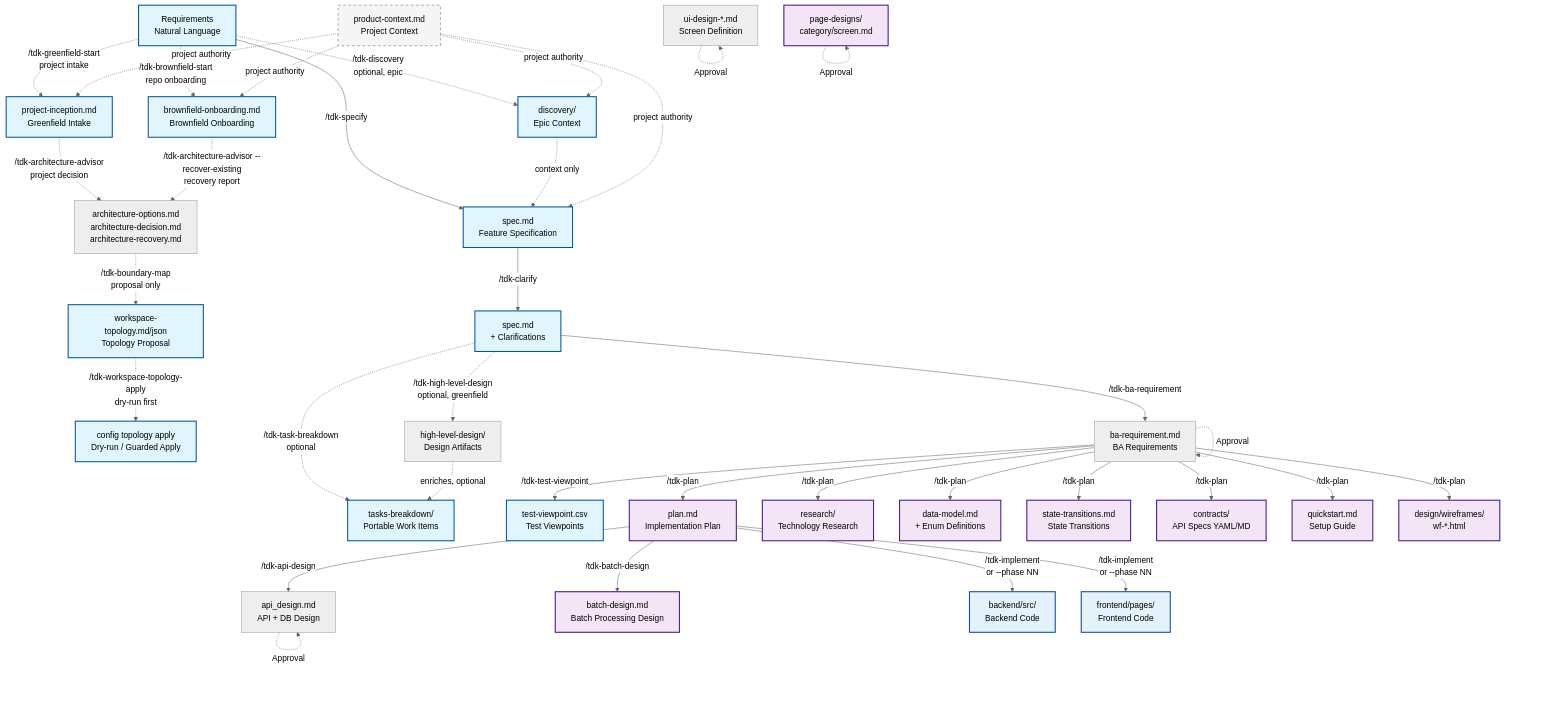
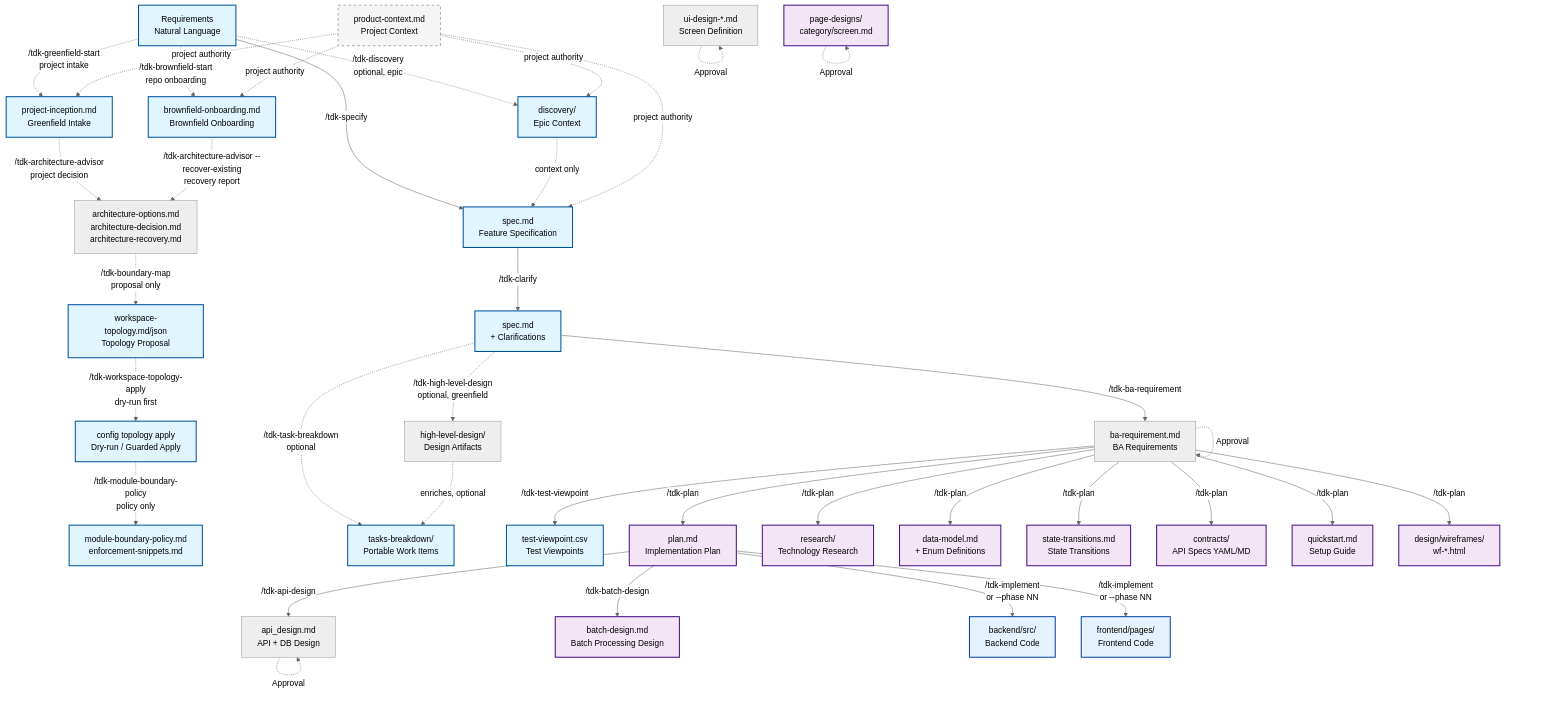
The first of 8 diagrams in .specify/docs/en/document-flow.md (vinhltt/tdk), drawn with Mermaid (neutral theme) before and after one commit. The commit also changed other lines of this file and 44 other files, not shown here.

````diff
--- a/.specify/docs/en/document-flow.md
+++ b/.specify/docs/en/document-flow.md
@@ -12,73 +12,75 @@
 ```mermaid
 flowchart TD
     %% Phase 0: Specification
     REQ[Requirements<br/>Natural Language]
     PRODUCT_CONTEXT[product-context.md<br/>Project Context]
     GREENFIELD_INCEPTION[project-inception.md<br/>Greenfield Intake]
     BROWNFIELD_ONBOARDING[brownfield-onboarding.md<br/>Brownfield Onboarding]
     ARCHITECTURE_REPORTS[architecture-options.md<br/>architecture-decision.md<br/>architecture-recovery.md]
     TOPOLOGY[workspace-topology.md/json<br/>Topology Proposal]
     CONFIG_PATCH[config topology apply<br/>Dry-run / Guarded Apply]
+    POLICY[module-boundary-policy.md<br/>enforcement-snippets.md]
     DISCOVERY[discovery/<br/>Epic Context]
 
     %% Phase 0: Feature Specification
     REQ -.->|/tdk-greenfield-start<br/>project intake| GREENFIELD_INCEPTION
     REQ -.->|/tdk-brownfield-start<br/>repo onboarding| BROWNFIELD_ONBOARDING
     GREENFIELD_INCEPTION -.->|/tdk-architecture-advisor<br/>project decision| ARCHITECTURE_REPORTS
     BROWNFIELD_ONBOARDING -.->|/tdk-architecture-advisor --recover-existing<br/>recovery report| ARCHITECTURE_REPORTS
     ARCHITECTURE_REPORTS -.->|/tdk-boundary-map<br/>proposal only| TOPOLOGY
     TOPOLOGY -.->|/tdk-workspace-topology-apply<br/>dry-run first| CONFIG_PATCH
+    CONFIG_PATCH -.->|/tdk-module-boundary-policy<br/>policy only| POLICY
     REQ -.->|/tdk-discovery<br/>optional, epic| DISCOVERY
     REQ -->|/tdk-specify| SPEC[spec.md<br/>Feature Specification]
     DISCOVERY -.->|context only| SPEC
     PRODUCT_CONTEXT -.->|project authority| GREENFIELD_INCEPTION
     PRODUCT_CONTEXT -.->|project authority| BROWNFIELD_ONBOARDING
     PRODUCT_CONTEXT -.->|project authority| DISCOVERY
     PRODUCT_CONTEXT -.->|project authority| SPEC
     SPEC -->|/tdk-clarify| SPEC_CLARIFIED[spec.md<br/>+ Clarifications]
     SPEC_CLARIFIED -.->|/tdk-high-level-design<br/>optional, greenfield| HLD[high-level-design/<br/>Design Artifacts]
     SPEC_CLARIFIED -.->|/tdk-task-breakdown<br/>optional| TASK_BREAKDOWN[tasks-breakdown/<br/>Portable Work Items]
     HLD -.->|enriches, optional| TASK_BREAKDOWN
     SPEC_CLARIFIED -->|/tdk-ba-requirement| BA_REQ[ba-requirement.md<br/>BA Requirements]
     BA_REQ -.->|Approval| BA_REQ
     BA_REQ -->|/tdk-test-viewpoint| TEST_VP[test-viewpoint.csv<br/>Test Viewpoints]
 
     %% Phase 1: Architecture & Design
     BA_REQ -->|/tdk-plan| PLAN[plan.md<br/>Implementation Plan]
     BA_REQ -->|/tdk-plan| RESEARCH[research/<br/>Technology Research]
     BA_REQ -->|/tdk-plan| DATAMODEL[data-model.md<br/>+ Enum Definitions]
     BA_REQ -->|/tdk-plan| STATETRANS[state-transitions.md<br/>State Transitions]
     BA_REQ -->|/tdk-plan| CONTRACTS[contracts/<br/>API Specs YAML/MD]
     BA_REQ -->|/tdk-plan| QUICKSTART[quickstart.md<br/>Setup Guide]
     BA_REQ -->|/tdk-plan| WIREFRAMES[design/wireframes/<br/>wf-*.html]
 
     %% Phase 1: Detailed Design & Approval
     PLAN -->|/tdk-api-design| API_DESIGN[api_design.md<br/>API + DB Design]
     PLAN -->|/tdk-batch-design| BATCH_DESIGN[batch-design.md<br/>Batch Processing Design]
     PAGEDESIGNS[page-designs/<br/>category/screen.md]
     UI_DESIGN[ui-design-*.md<br/>Screen Definition]
     API_DESIGN -.->|Approval| API_DESIGN
     UI_DESIGN -.->|Approval| UI_DESIGN
     PAGEDESIGNS -.->|Approval| PAGEDESIGNS
 
     %% Phase 2: Implementation (Solo Path - Primary)
     PLAN -->|/tdk-implement<br/>or --phase NN| CODE_BE[backend/src/<br/>Backend Code]
     PLAN -->|/tdk-implement<br/>or --phase NN| CODE_FE[frontend/pages/<br/>Frontend Code]
 
     %% Styling
     classDef phase0 fill:#e1f5ff,stroke:#01579b,stroke-width:2px
     classDef phase1 fill:#f3e5f5,stroke:#4a148c,stroke-width:2px
     classDef phase2 fill:#fff3e0,stroke:#e65100,stroke-width:2px
     classDef phase3 fill:#e8f5e9,stroke:#1b5e20,stroke-width:2px
     classDef phase4 fill:#fff9c4,stroke:#f57f17,stroke-width:2px
     classDef phase5 fill:#ffebee,stroke:#b71c1c,stroke-width:2px
     classDef reference fill:#f5f5f5,stroke:#616161,stroke-width:1px,stroke-dasharray: 5 5
     classDef code fill:#e3f2fd,stroke:#0d47a1,stroke-width:2px
     classDef infra fill:#fce4ec,stroke:#880e4f,stroke-width:2px
 
-    class REQ,GREENFIELD_INCEPTION,BROWNFIELD_ONBOARDING,TOPOLOGY,CONFIG_PATCH,DISCOVERY,SPEC,SPEC_CLARIFIED,TASK_BREAKDOWN phase0
+    class REQ,GREENFIELD_INCEPTION,BROWNFIELD_ONBOARDING,TOPOLOGY,CONFIG_PATCH,POLICY,DISCOVERY,SPEC,SPEC_CLARIFIED,TASK_BREAKDOWN phase0
     class PLAN,RESEARCH,DATAMODEL,STATETRANS,CONTRACTS,QUICKSTART,WIREFRAMES,PAGEDESIGNS,BATCH_DESIGN phase1
     class TEST_VP phase0
     class PRODUCT_CONTEXT,CONSTITUTION,UIUX,REF_DATAMODEL,REF_STATE reference
     class CODE_BE,CODE_FE,TESTS code
 ```
````
